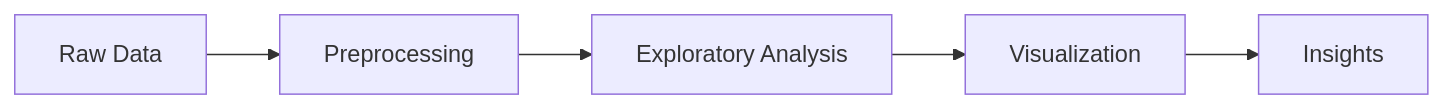
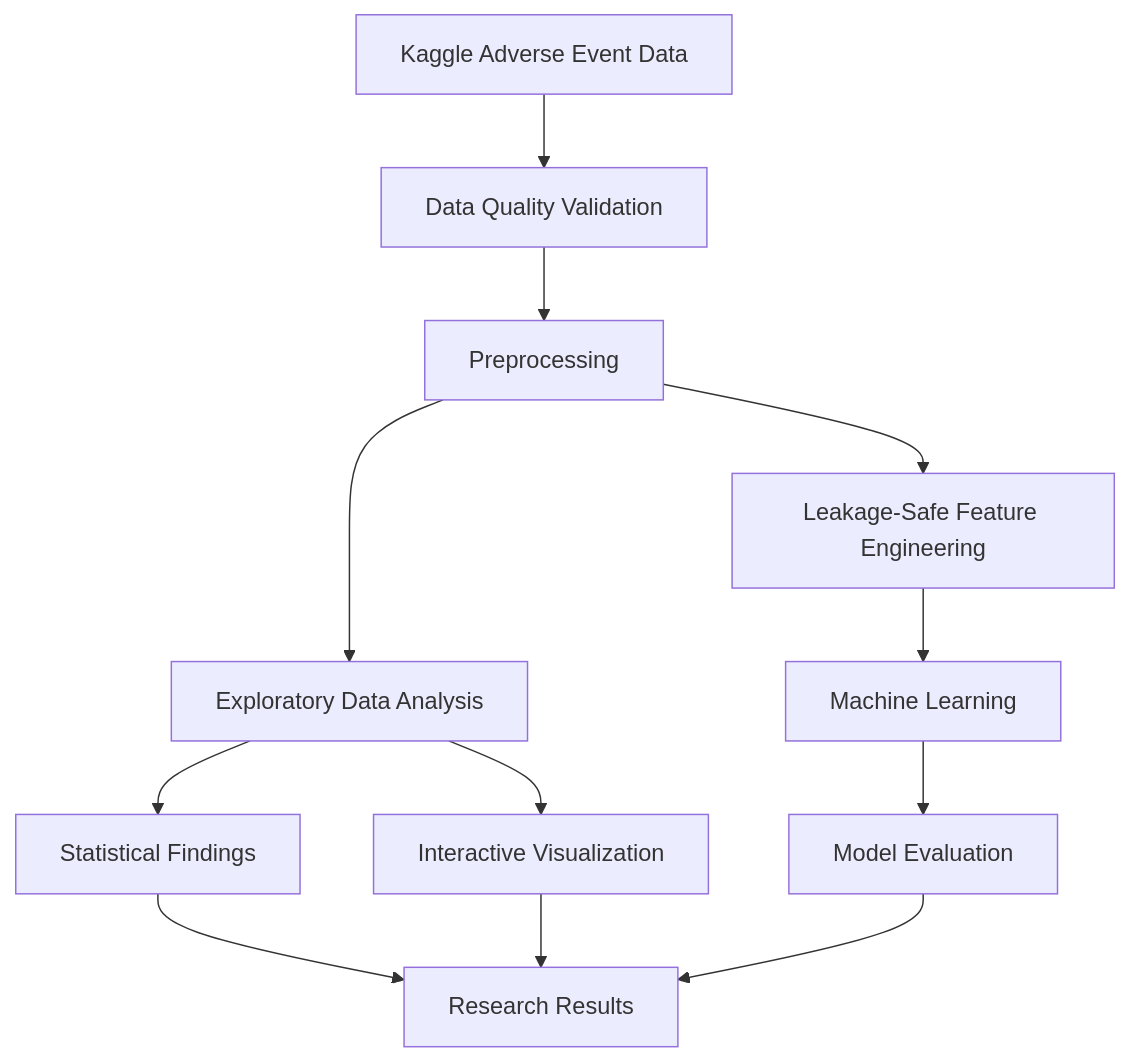
One commit to ko-su-yeon/Data-Visualization-for-Big-Data-PBL-Team-06 changed the diagram in README.md. Above: the diagram before and after it, drawn with Mermaid. The commit also changed other lines of this file, not shown here.

````diff
--- a/README.md
+++ b/README.md
@@ -80,7 +122,14 @@
 ```mermaid
-flowchart LR
-    A["Raw Data"] --> B["Preprocessing"]
-    B --> C["Exploratory Analysis"]
-    C --> D["Visualization"]
-    D --> E["Insights"]
+flowchart TD
+    A["Kaggle Adverse Event Data"] --> B["Data Quality Validation"]
+    B --> C["Preprocessing"]
+    C --> D["Exploratory Data Analysis"]
+    D --> E["Statistical Findings"]
+    D --> F["Interactive Visualization"]
+    C --> G["Leakage-Safe Feature Engineering"]
+    G --> H["Machine Learning"]
+    H --> I["Model Evaluation"]
+    E --> J["Research Results"]
+    F --> J
+    I --> J
 ```
````
